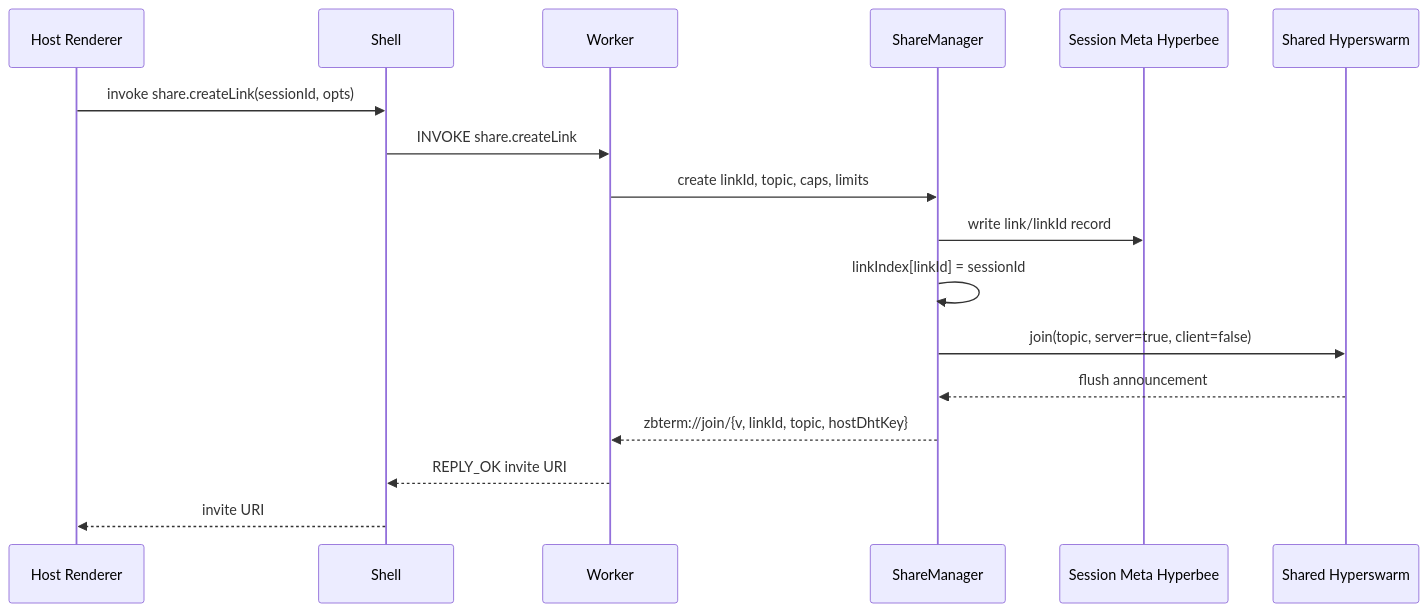
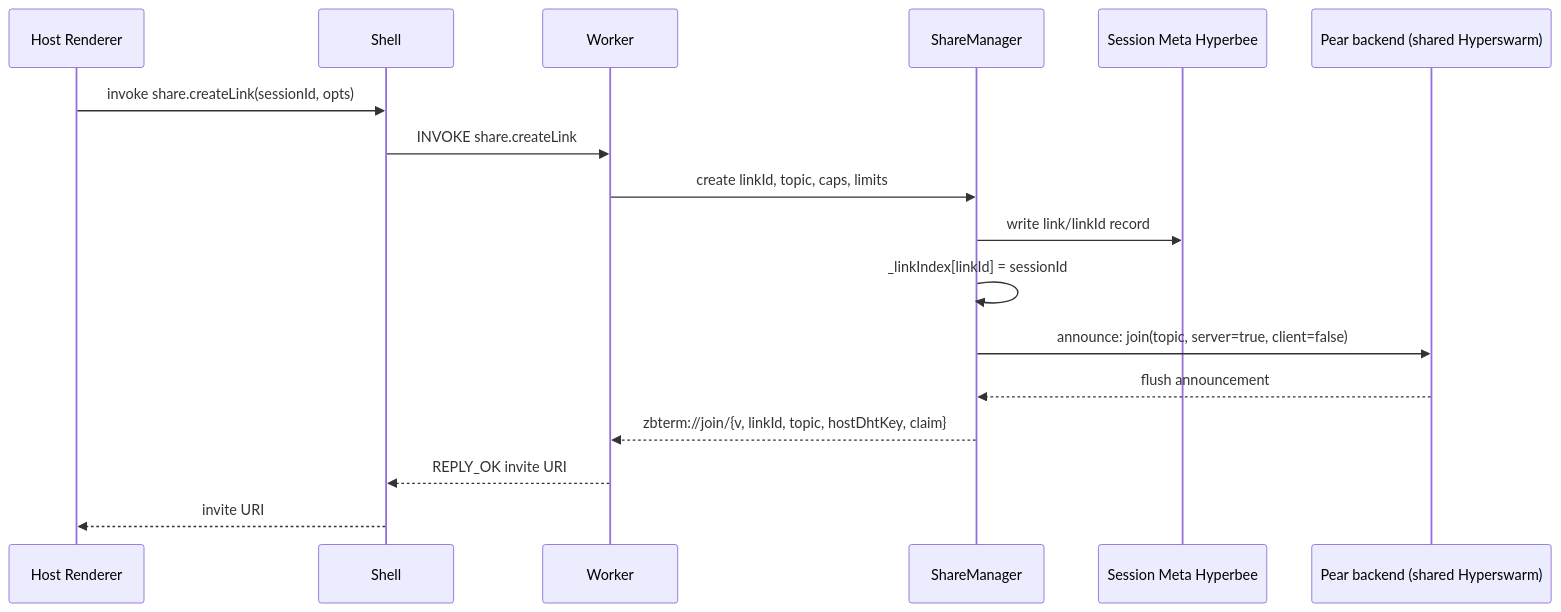
Diagram 14 of 19 in docs/ARCHITECTURE.md (zevix/zbterm), drawn with Mermaid before and after one commit. The commit also changed other lines of this file and 85 other files, not shown here.

````diff
--- a/docs/ARCHITECTURE.md
+++ b/docs/ARCHITECTURE.md
@@ -1181,20 +1382,20 @@
 ```mermaid
 sequenceDiagram
   participant HostUI as Host Renderer
   participant Shell as Shell
   participant Core as Worker
   participant Share as ShareManager
   participant Meta as Session Meta Hyperbee
-  participant Swarm as Shared Hyperswarm
+  participant Swarm as Pear backend (shared Hyperswarm)
 
   HostUI->>Shell: invoke share.createLink(sessionId, opts)
   Shell->>Core: INVOKE share.createLink
   Core->>Share: create linkId, topic, caps, limits
   Share->>Meta: write link/linkId record
-  Share->>Share: linkIndex[linkId] = sessionId
-  Share->>Swarm: join(topic, server=true, client=false)
+  Share->>Share: _linkIndex[linkId] = sessionId
+  Share->>Swarm: announce: join(topic, server=true, client=false)
   Swarm-->>Share: flush announcement
-  Share-->>Core: zbterm://join/{v, linkId, topic, hostDhtKey}
+  Share-->>Core: zbterm://join/{v, linkId, topic, hostDhtKey, claim}
   Core-->>Shell: REPLY_OK invite URI
   Shell-->>HostUI: invite URI
 ```
````
